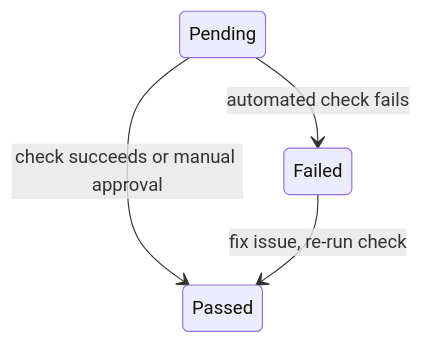
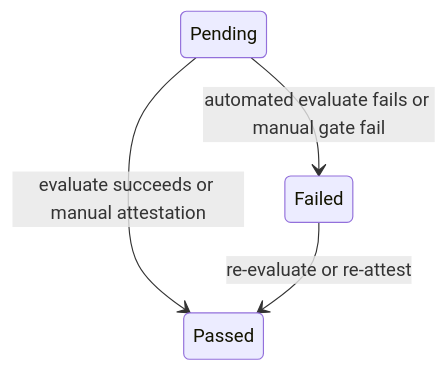
The fourth of 9 diagrams in docs/concepts/core-model.md (erankavija/just-in-time), drawn with Mermaid before and after one commit. The commit also changed other lines of this file and 26 other files, not shown here.

````diff
--- a/docs/concepts/core-model.md
+++ b/docs/concepts/core-model.md
@@ -532,6 +532,6 @@
 ```mermaid
 stateDiagram-v2
-    Pending --> Passed: check succeeds or manual approval
-    Pending --> Failed: automated check fails
-    Failed --> Passed: fix issue, re-run check
+    Pending --> Passed: evaluate succeeds or manual attestation
+    Pending --> Failed: automated evaluate fails or manual gate fail
+    Failed --> Passed: re-evaluate or re-attest
 ```
````
